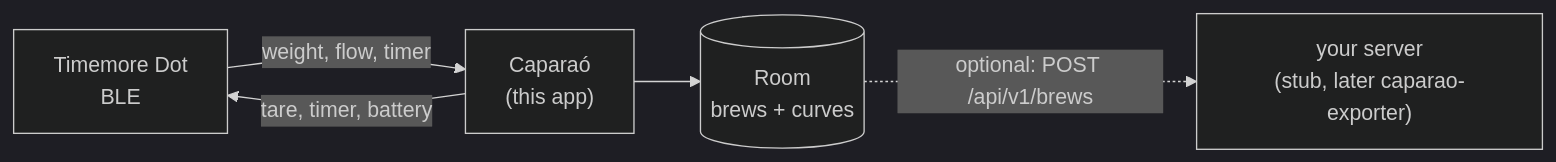
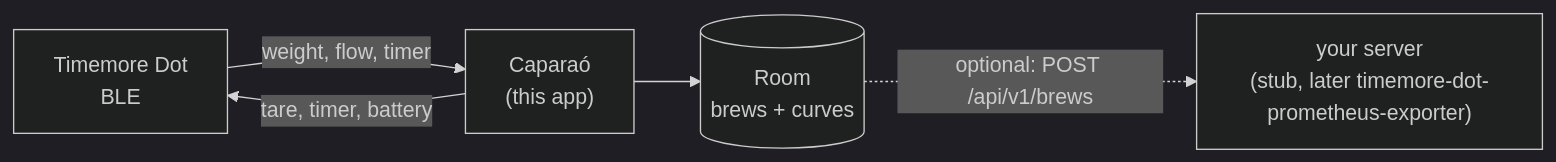
The diagram in README.md (MateuxLucax/caparao), drawn with Mermaid (dark theme) before and after one commit. The commit also changed other lines of this file and 10 other files, not shown here.

````diff
--- a/README.md
+++ b/README.md
@@ -40,7 +40,7 @@
 ```mermaid
 flowchart LR
     dot["Timemore Dot<br/>BLE"] -->|"weight, flow, timer"| app["Caparaó<br/>(this app)"]
     app -->|"tare, timer, battery"| dot
     app --> room[("Room<br/>brews + curves")]
-    room -.->|"optional: POST /api/v1/brews"| srv["your server<br/>(stub, later caparao-exporter)"]
+    room -.->|"optional: POST /api/v1/brews"| srv["your server<br/>(stub, later timemore-dot-prometheus-exporter)"]
 ```
````
